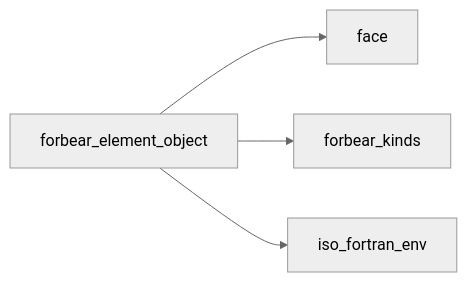
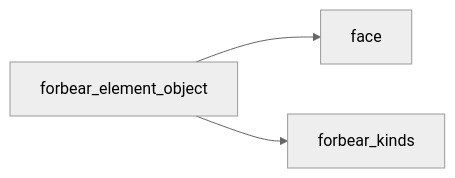
The first of 4 diagrams in docs/api/src/lib/forbear_element_object.md (szaghi/forbear), drawn with Mermaid (neutral theme) before and after one commit. The commit also changed 19 other files, not shown here.

````diff
--- a/docs/api/src/lib/forbear_element_object.md
+++ b/docs/api/src/lib/forbear_element_object.md
@@ -11,6 +11,5 @@
 ```mermaid
 graph LR
   forbear_element_object["forbear_element_object"] --> face["face"]
   forbear_element_object["forbear_element_object"] --> forbear_kinds["forbear_kinds"]
-  forbear_element_object["forbear_element_object"] --> iso_fortran_env["iso_fortran_env"]
 ```
````
